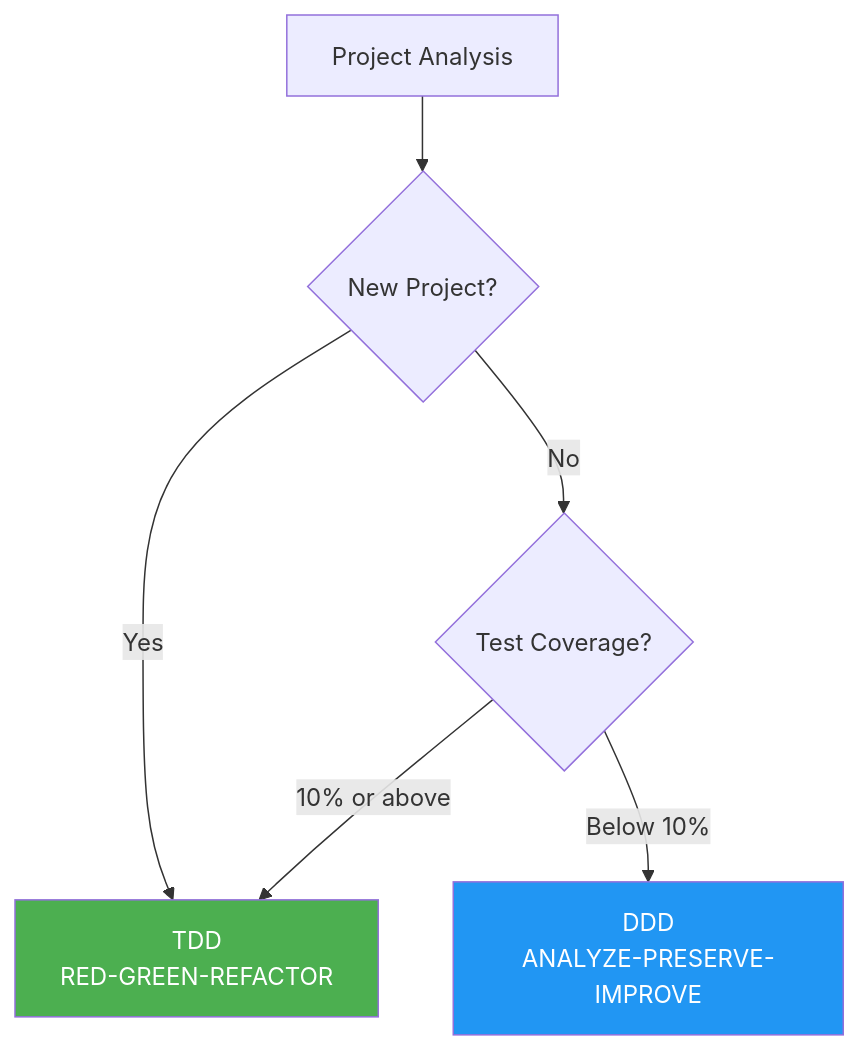
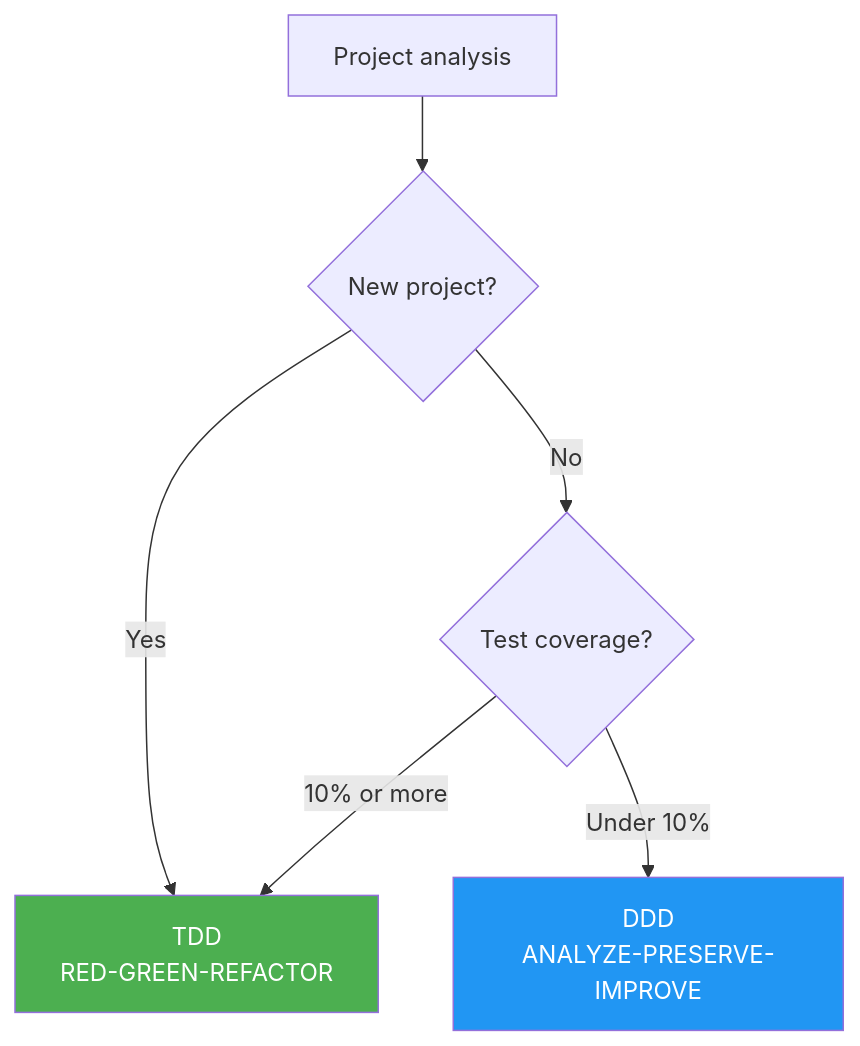
The first of 7 diagrams in docs-site/content/en/core-concepts/ddd.md (modu-ai/moai-adk), drawn with Mermaid before and after one commit. The commit also changed other lines of this file and 395 other files, not shown here.

````diff
--- a/docs-site/content/en/core-concepts/ddd.md
+++ b/docs-site/content/en/core-concepts/ddd.md
@@ -20,11 +22,11 @@
 ```mermaid
 flowchart TD
-    A["Project Analysis"] --> B{"New Project?"}
+    A["Project analysis"] --> B{"New project?"}
     B -->|"Yes"| C["TDD\nRED-GREEN-REFACTOR"]
-    B -->|"No"| D{"Test Coverage?"}
-    D -->|"10% or above"| C
-    D -->|"Below 10%"| E["DDD\nANALYZE-PRESERVE-IMPROVE"]
+    B -->|"No"| D{"Test coverage?"}
+    D -->|"10% or more"| C
+    D -->|"Under 10%"| E["DDD\nANALYZE-PRESERVE-IMPROVE"]
 
     style C fill:#4CAF50,color:#fff
     style E fill:#2196F3,color:#fff
 ```
````
